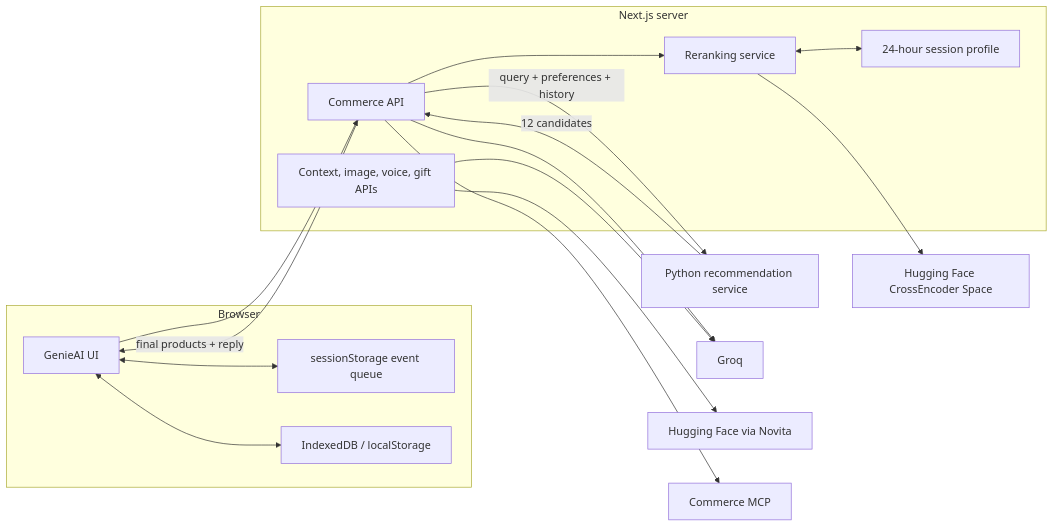
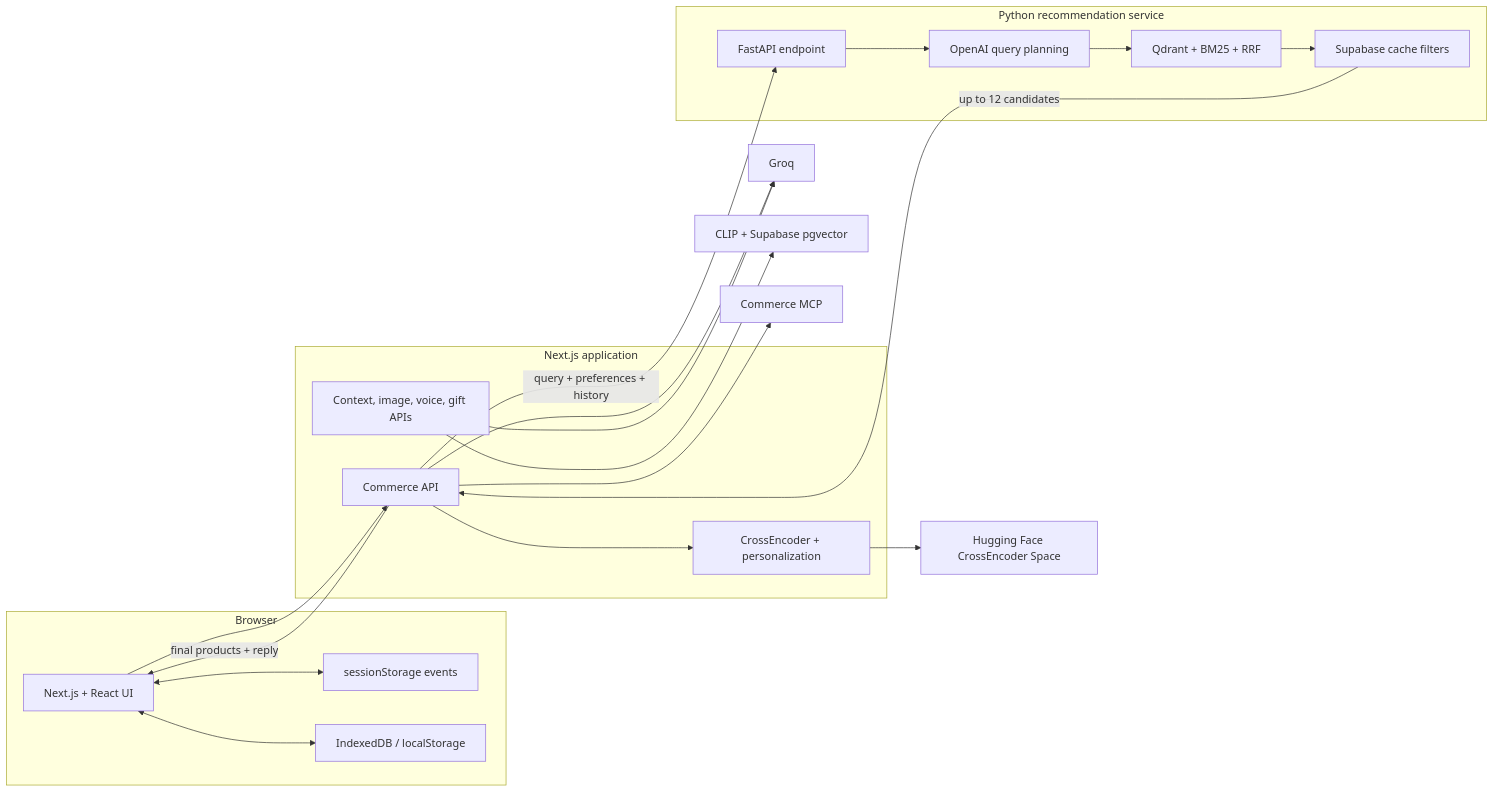
One commit to GenieAI-Development/GenieAI-frontend changed the second of 4 diagrams in README.md. Above: the diagram before and after it, drawn with Mermaid. The commit also changed other lines of this file and 20 other files, not shown here.

````diff
--- a/README.md
+++ b/README.md
@@ -46,35 +89,40 @@
 ```mermaid
 flowchart LR
-  subgraph Browser
-    UI[GenieAI UI]
-    Events[sessionStorage event queue]
+  subgraph Browser[Browser]
+    UI[Next.js + React UI]
+    Events[sessionStorage events]
     State[IndexedDB / localStorage]
   end
 
-  subgraph Next.js server
+  subgraph Frontend[Next.js application]
     Commerce[Commerce API]
-    Rerank[Reranking service]
-    Profile[24-hour session profile]
+    Rerank[CrossEncoder + personalization]
     Tools[Context, image, voice, gift APIs]
   end
 
-  Python[Python recommendation service]
+  subgraph Backend[Python recommendation service]
+    FastAPI[FastAPI endpoint]
+    Plan[OpenAI query planning]
+    Retrieval[Qdrant + BM25 + RRF]
+    Filter[Supabase cache filters]
+  end
+
   HF[Hugging Face CrossEncoder Space]
   Groq[Groq]
-  Novita[Hugging Face via Novita]
+  Visual[CLIP + Supabase pgvector]
   MCP[Commerce MCP]
 
   UI --> Commerce
   UI <--> Events
   UI <--> State
-  Commerce -->|query + preferences + history| Python
-  Python -->|12 candidates| Commerce
+  Commerce -->|query + preferences + history| FastAPI
+  FastAPI --> Plan --> Retrieval --> Filter
+  Filter -->|up to 12 candidates| Commerce
   Commerce --> Rerank
   Rerank --> HF
-  Rerank <--> Profile
   Commerce --> Groq
   Tools --> Groq
-  Tools --> Novita
+  Tools --> Visual
   Commerce --> MCP
   Commerce -->|final products + reply| UI
 ```
````
